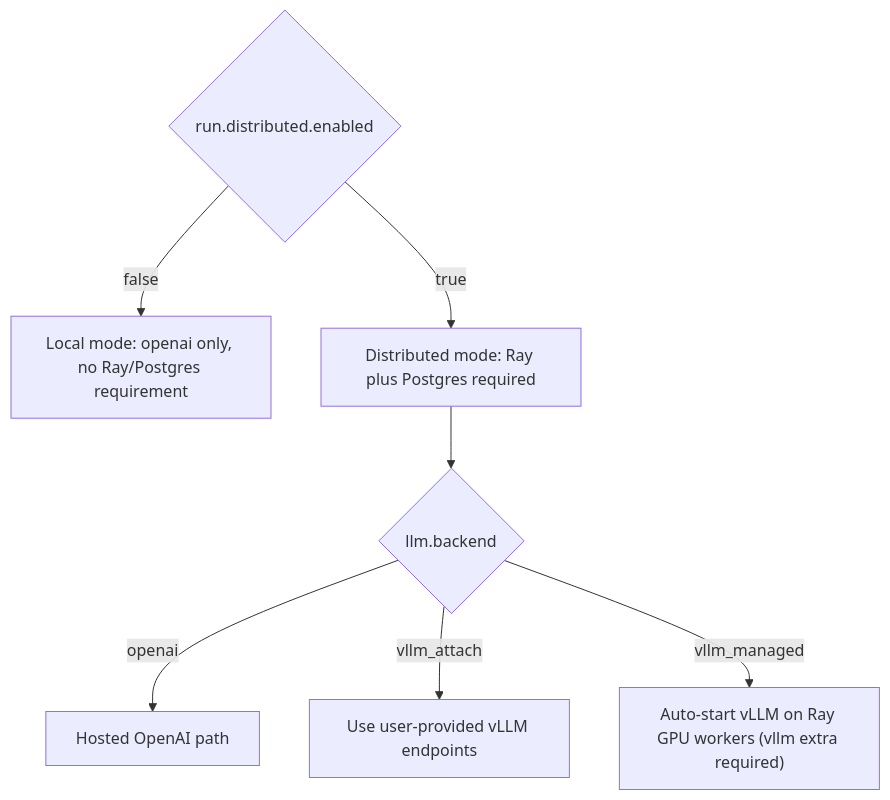
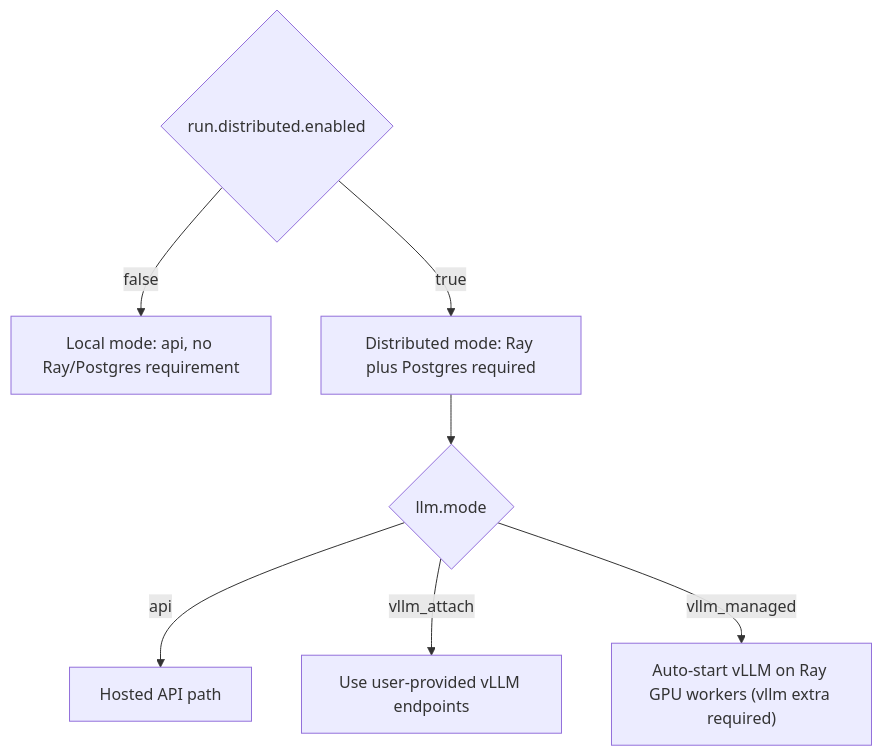
One commit to MBZUAI-Paris/dialogforge changed the third of 3 diagrams in README.md. Above: the diagram before and after it, drawn with Mermaid. The commit also changed other lines of this file and 20 other files, not shown here.

````diff
--- a/README.md
+++ b/README.md
@@ -437,10 +460,10 @@
 ```mermaid
 flowchart TD
   S{"run.distributed.enabled"}
-  S -->|false| L["Local mode: openai only, no Ray/Postgres requirement"]
+  S -->|false| L["Local mode: api, no Ray/Postgres requirement"]
   S -->|true| D["Distributed mode: Ray plus Postgres required"]
-  D --> B{"llm.backend"}
-  B -->|openai| BO["Hosted OpenAI path"]
+  D --> B{"llm.mode"}
+  B -->|api| BO["Hosted API path"]
   B -->|vllm_attach| BA["Use user-provided vLLM endpoints"]
   B -->|vllm_managed| BM["Auto-start vLLM on Ray GPU workers (vllm extra required)"]
 ```
````
